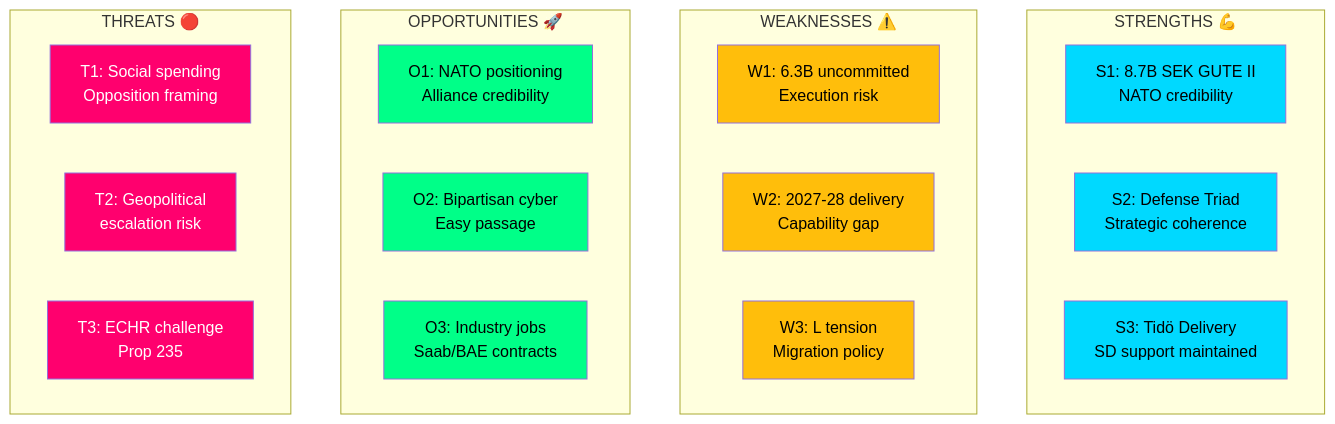
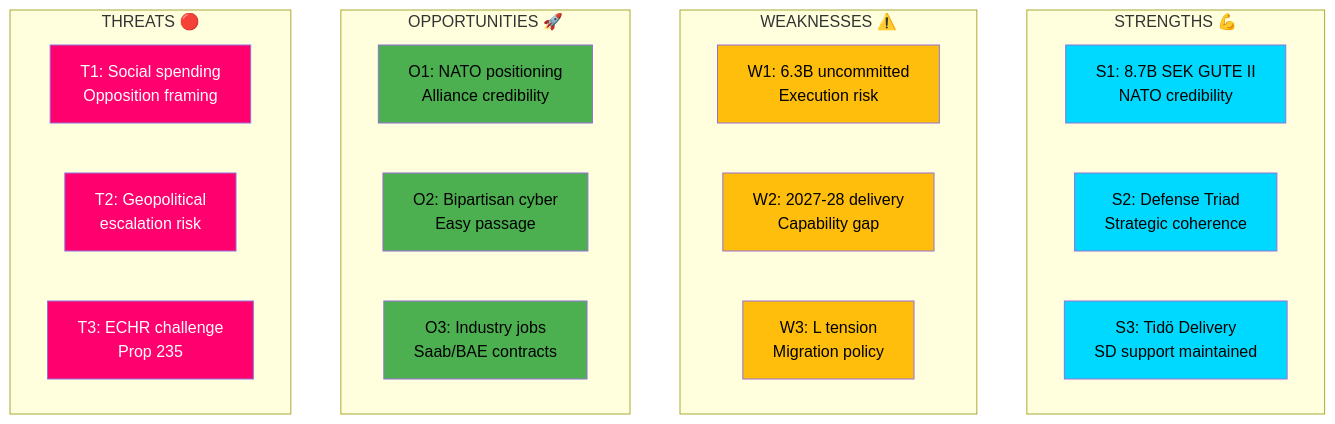
The diagram in analysis/daily/2026-04-03/realtime-1416/swot-analysis.md (Hack23/riksdagsmonitor), drawn with Mermaid before and after one commit. The commit also changed 785 other files, not shown here.

First line of the commit message:
Normalize mermaid colors across 786 analysis artifacts to ISMS Style Guide palette

````diff
--- a/analysis/daily/2026-04-03/realtime-1416/swot-analysis.md
+++ b/analysis/daily/2026-04-03/realtime-1416/swot-analysis.md
@@ -71,39 +71,39 @@
 ```mermaid
 graph TB
     subgraph "STRENGTHS 💪"
         S1["S1: 8.7B SEK GUTE II<br/>NATO credibility"]
         S2["S2: Defense Triad<br/>Strategic coherence"]
         S3["S3: Tidö Delivery<br/>SD support maintained"]
     end
     
     subgraph "WEAKNESSES ⚠️"
         W1["W1: 6.3B uncommitted<br/>Execution risk"]
         W2["W2: 2027-28 delivery<br/>Capability gap"]
         W3["W3: L tension<br/>Migration policy"]
     end
     
     subgraph "OPPORTUNITIES 🚀"
         O1["O1: NATO positioning<br/>Alliance credibility"]
         O2["O2: Bipartisan cyber<br/>Easy passage"]
         O3["O3: Industry jobs<br/>Saab/BAE contracts"]
     end
     
     subgraph "THREATS 🔴"
         T1["T1: Social spending<br/>Opposition framing"]
         T2["T2: Geopolitical<br/>escalation risk"]
         T3["T3: ECHR challenge<br/>Prop 235"]
     end
     
-    style S1 fill:#00d9ff,color:#000
-    style S2 fill:#00d9ff,color:#000
-    style S3 fill:#00d9ff,color:#000
-    style W1 fill:#ffbe0b,color:#000
-    style W2 fill:#ffbe0b,color:#000
-    style W3 fill:#ffbe0b,color:#000
-    style O1 fill:#00ff88,color:#000
-    style O2 fill:#00ff88,color:#000
-    style O3 fill:#00ff88,color:#000
-    style T1 fill:#ff006e,color:#fff
-    style T2 fill:#ff006e,color:#fff
-    style T3 fill:#ff006e,color:#fff
+    style S1 fill:#00d9ff,color:#000000
+    style S2 fill:#00d9ff,color:#000000
+    style S3 fill:#00d9ff,color:#000000
+    style W1 fill:#ffbe0b,color:#000000
+    style W2 fill:#ffbe0b,color:#000000
+    style W3 fill:#ffbe0b,color:#000000
+    style O1 fill:#4CAF50,color:#000000
+    style O2 fill:#4CAF50,color:#000000
+    style O3 fill:#4CAF50,color:#000000
+    style T1 fill:#ff006e,color:#FFFFFF
+    style T2 fill:#ff006e,color:#FFFFFF
+    style T3 fill:#ff006e,color:#FFFFFF
 ```
````
